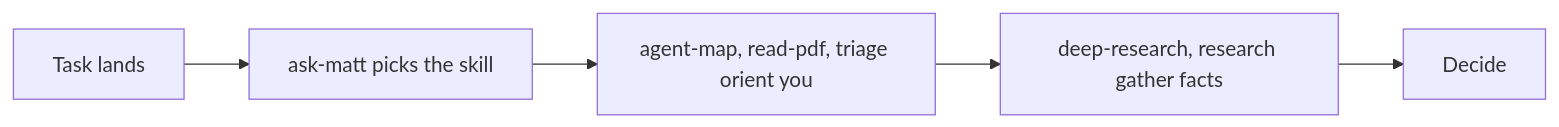
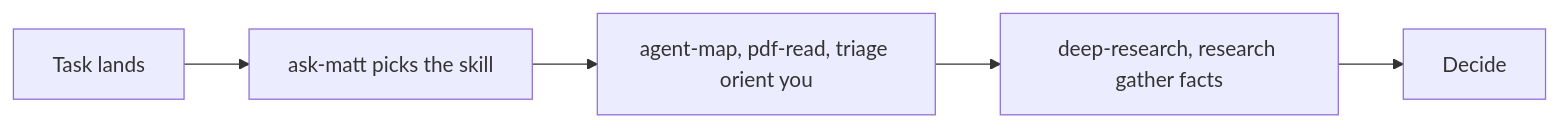
One commit to FAZuH/agent changed the second of 14 diagrams in docs/skill-guide.md. Above: the diagram before and after it, drawn with Mermaid. The commit also changed other lines of this file and 2 other files, not shown here.

Commit message:
feat(skill): add pdf-write skill
Covers the Pandoc and LaTeX path from Markdown to PDF, written from the
defects hit while building a real paper: literal asterisks from a list without
a blank line before it, Unicode math symbols that LaTeX will not typeset, a
figure orphaned onto its own page, a Mermaid label that fails to parse because
of an unquoted bracket, and a missing engine format that is fixed by
regenerating it rather than installing packages.

Ends on a mandatory verification loop, because a build that exits 0 can still
ship a broken page: check pdfinfo, read the pdftotext output, then render the
pages and look at them.

Also registers pdf-read and pdf-write in the skill inventory and repoints the
skill guide at the renamed pdf-read.

````diff
--- a/docs/skill-guide.md
+++ b/docs/skill-guide.md
@@ -38,7 +38,7 @@
 ```mermaid
 flowchart LR
   T[Task lands] --> A[ask-matt picks the skill]
-  A --> O[agent-map, read-pdf, triage orient you]
+  A --> O[agent-map, pdf-read, triage orient you]
   O --> R[deep-research, research gather facts]
   R --> D[Decide]
 ```
````
